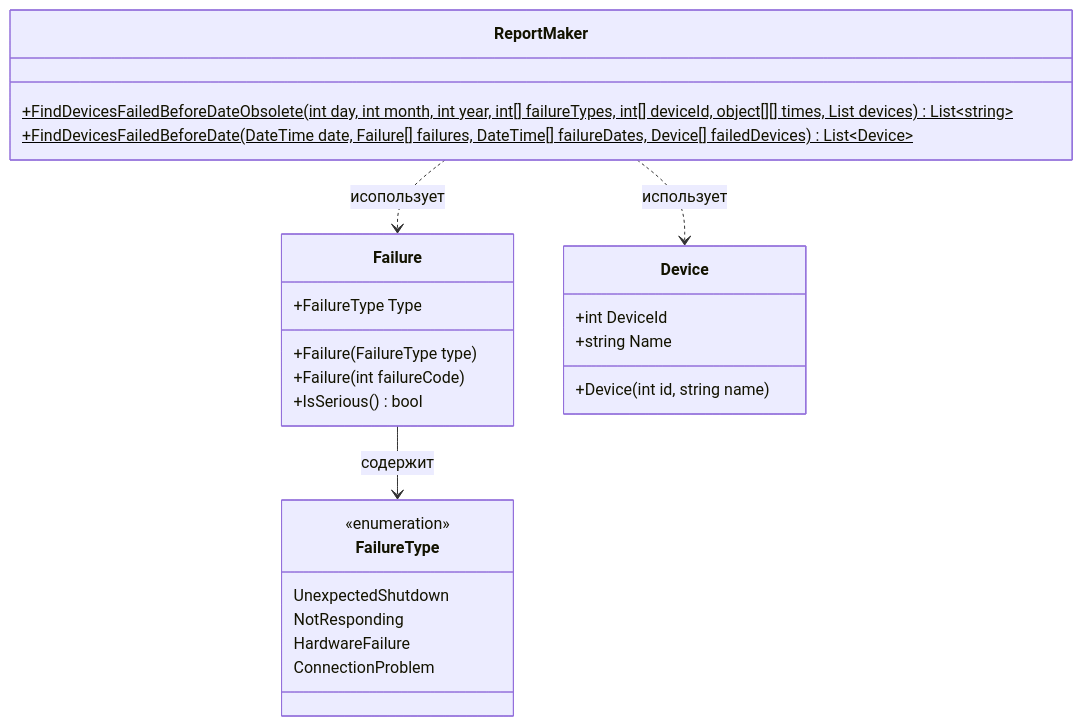
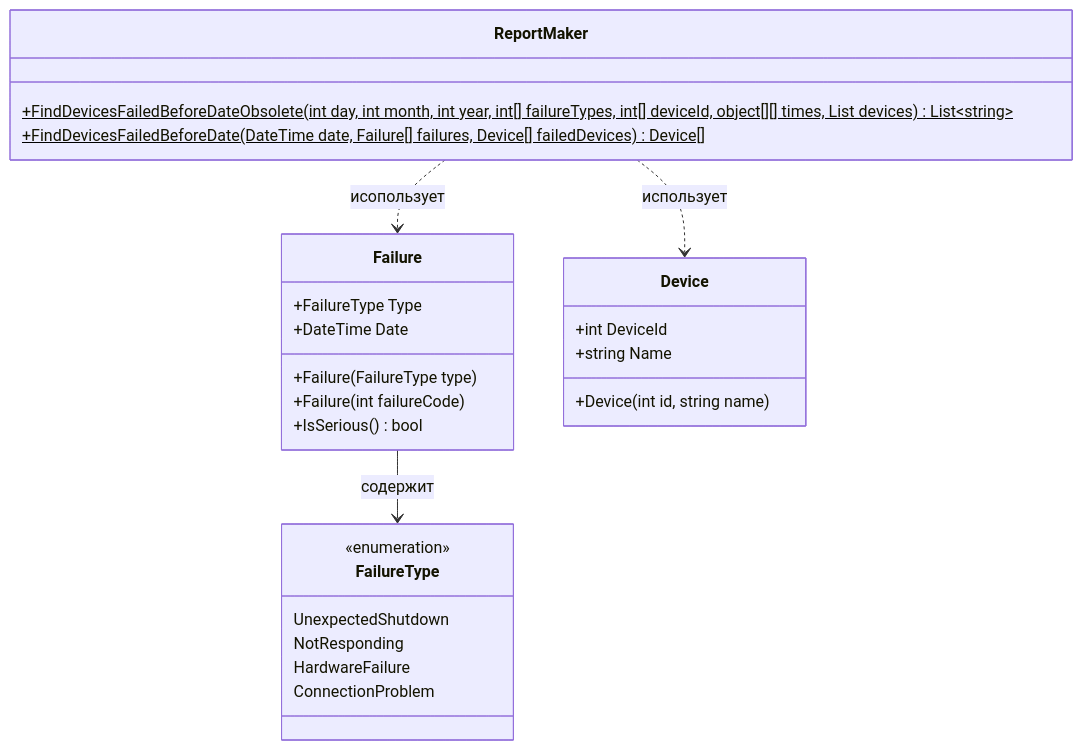
The diagram in sboi.md (mysterious-sequoia/ulearn), drawn with Mermaid before and after one commit.

````diff
--- a/sboi.md
+++ b/sboi.md
@@ -1,32 +1,33 @@
 ```mermaid
 classDiagram
     class FailureType {
         <<enumeration>>
         UnexpectedShutdown
         NotResponding
         HardwareFailure
         ConnectionProblem
     }
 
     class Failure {
         +FailureType Type
+        +DateTime Date
         +Failure(FailureType type)
         +Failure(int failureCode)
         +IsSerious() bool
     }
 
     class Device {
         +int DeviceId
         +string Name
         +Device(int id, string name)
     }
 
     class ReportMaker {
         +FindDevicesFailedBeforeDateObsolete(int day, int month, int year, int[] failureTypes, int[] deviceId, object[][] times, List devices)$ List~string~
-        +FindDevicesFailedBeforeDate(DateTime date, Failure[] failures, DateTime[] failureDates, Device[] failedDevices)$ List~Device~
+        +FindDevicesFailedBeforeDate(DateTime date, Failure[] failures, Device[] failedDevices)$ Device[]
     }
 
     Failure --> FailureType : содержит
     ReportMaker ..> Failure : исопользует
     ReportMaker ..> Device : использует
 ```
````
